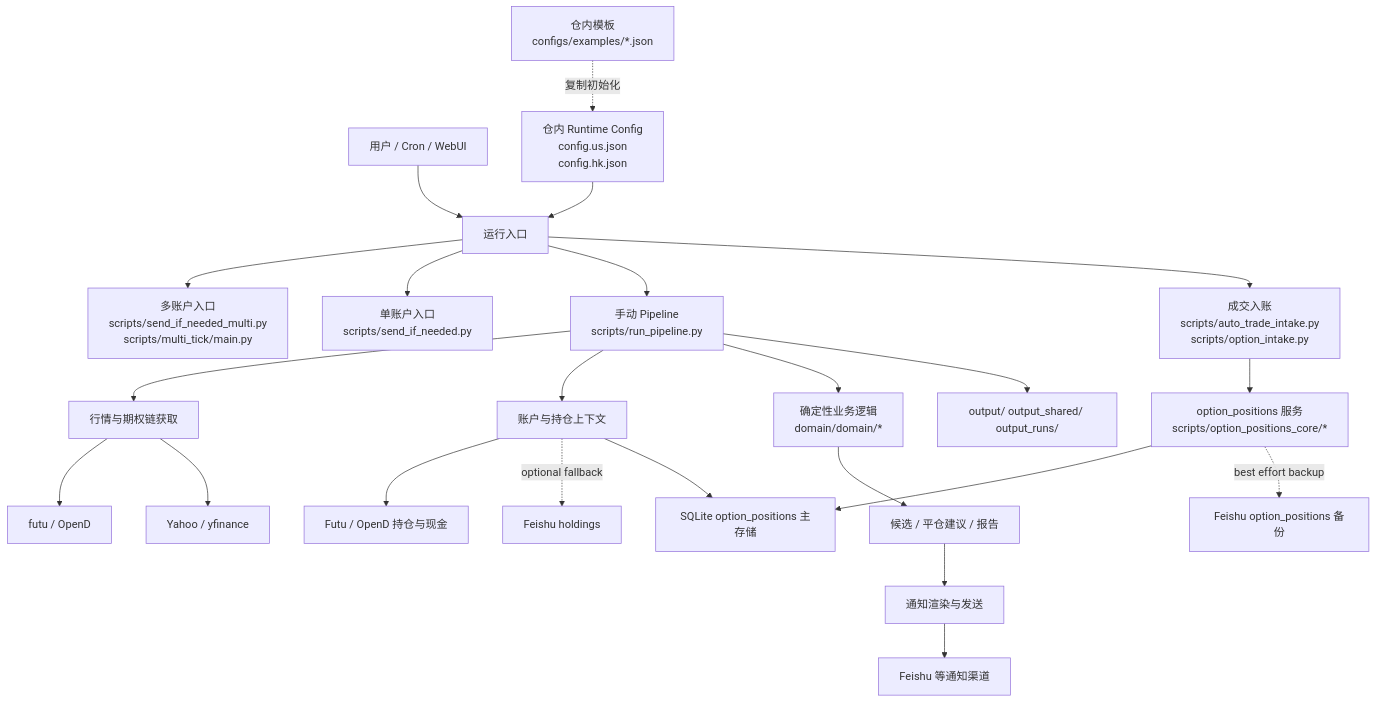
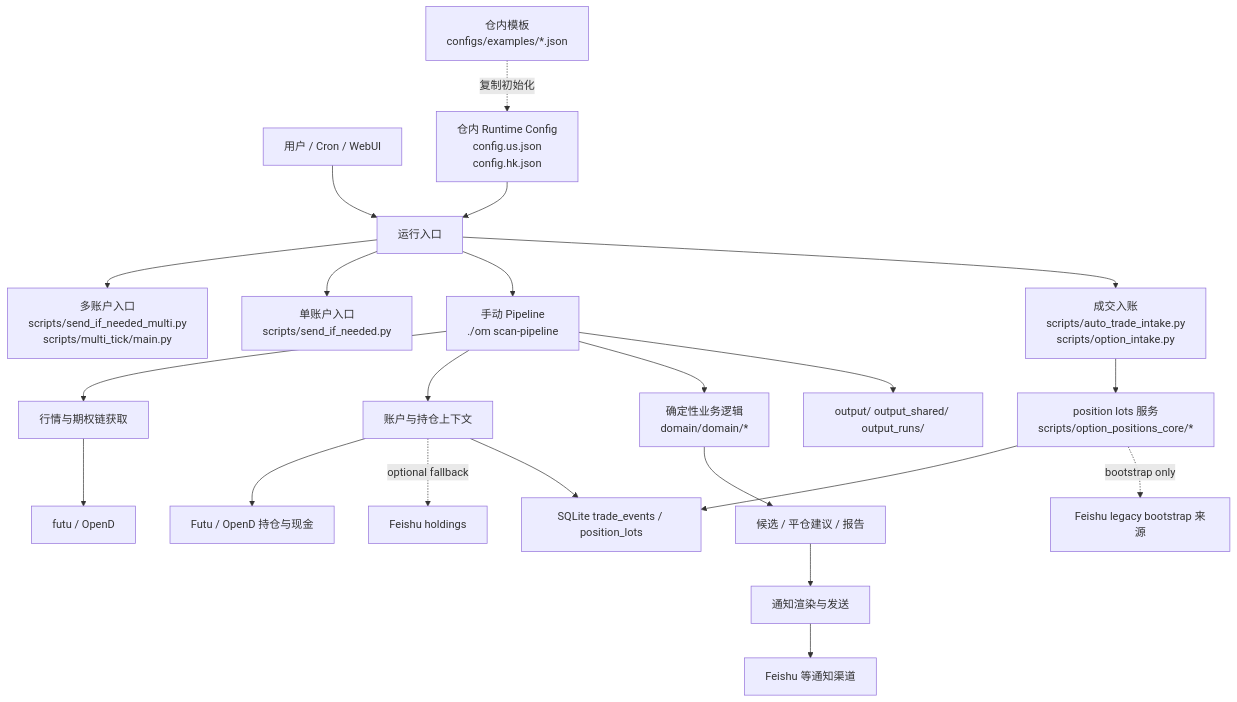
Before and after one commit to liuxie066/options-monitor: the diagram in README.md, drawn with Mermaid. The commit also changed other lines of this file and 210 other files, not shown here.

Commit message:
refactor: collapse cli wrappers and notification flow

````diff
--- a/README.md
+++ b/README.md
@@ -28,31 +28,30 @@
 ```mermaid
 flowchart TD
     User["用户 / Cron / WebUI"] --> Entrypoints["运行入口"]
     Entrypoints --> Multi["多账户入口<br/>scripts/send_if_needed_multi.py<br/>scripts/multi_tick/main.py"]
     Entrypoints --> Single["单账户入口<br/>scripts/send_if_needed.py"]
-    Entrypoints --> Pipeline["手动 Pipeline<br/>scripts/run_pipeline.py"]
+    Entrypoints --> Pipeline["手动 Pipeline<br/>./om scan-pipeline"]
     Entrypoints --> Intake["成交入账<br/>scripts/auto_trade_intake.py<br/>scripts/option_intake.py"]
 
     Runtime["仓内 Runtime Config<br/>config.us.json<br/>config.hk.json"] --> Entrypoints
     Examples["仓内模板<br/>configs/examples/*.json"] -.复制初始化.-> Runtime
 
     Pipeline --> Fetch["行情与期权链获取"]
     Fetch --> Futu["futu / OpenD"]
-    Fetch --> Yahoo["Yahoo / yfinance"]
 
     Pipeline --> Ctx["账户与持仓上下文"]
     Ctx --> FutuPortfolio["Futu / OpenD 持仓与现金"]
     Ctx -.optional fallback.-> Holdings["Feishu holdings"]
-    Ctx --> SQLite["SQLite option_positions 主存储"]
+    Ctx --> SQLite["SQLite trade_events / position_lots"]
 
-    Intake --> PositionCore["option_positions 服务<br/>scripts/option_positions_core/*"]
+    Intake --> PositionCore["position lots 服务<br/>scripts/option_positions_core/*"]
     PositionCore --> SQLite
-    PositionCore -.best effort backup.-> FeishuBackup["Feishu option_positions 备份"]
+    PositionCore -.bootstrap only.-> FeishuBackup["Feishu legacy bootstrap 来源"]
 
     Pipeline --> Domain["确定性业务逻辑<br/>domain/domain/*"]
     Domain --> Alerts["候选 / 平仓建议 / 报告"]
     Alerts --> Notify["通知渲染与发送"]
     Notify --> Channel["Feishu 等通知渠道"]
 
     Pipeline --> Output["output/ output_shared/ output_runs/"]
 ```
````
